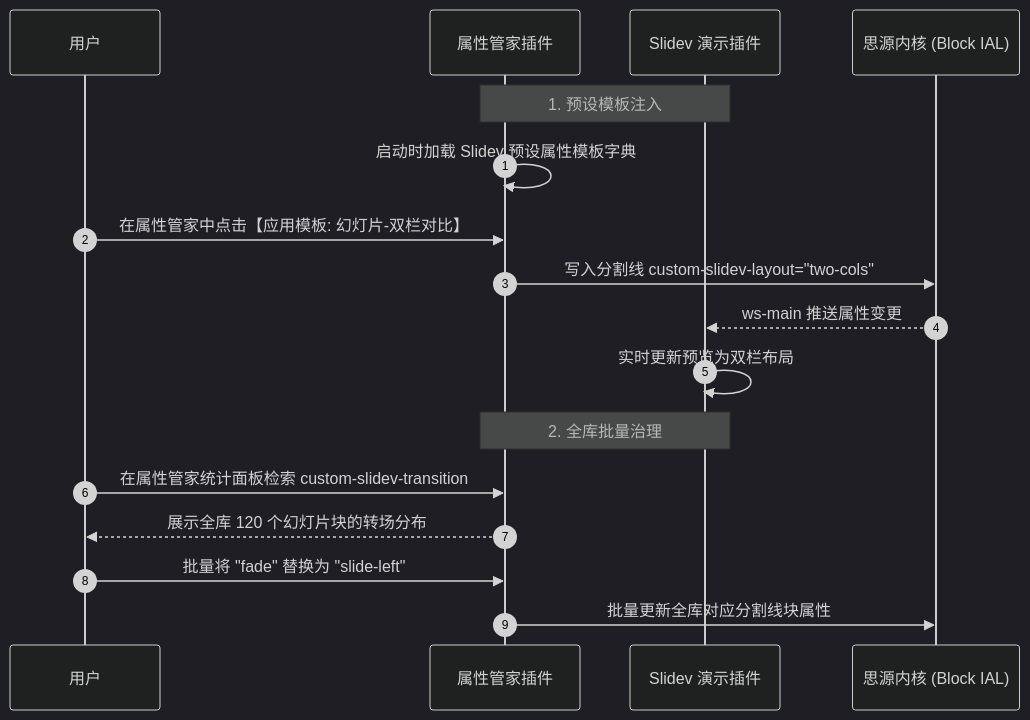
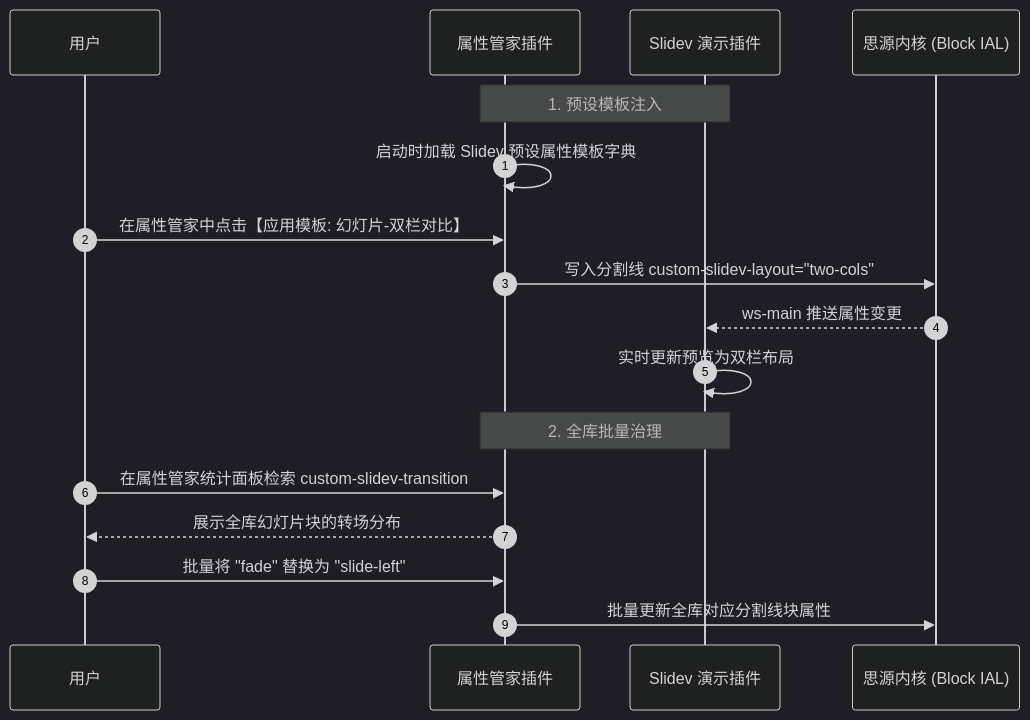
One commit to famotime/siyuan-live-slides changed the second of 2 diagrams in docs/implementation-plan-and-development-schedule.md. Above: the diagram before and after it, drawn with Mermaid (dark theme). The commit also changed other lines of this file and 10 other files, not shown here.

First line of the commit message:
refactor(ui): 重构现代化 UI/UX 设计系统与纯线框图标体系

````diff
--- a/docs/implementation-plan-and-development-schedule.md
+++ b/docs/implementation-plan-and-development-schedule.md
@@ -25,21 +30,21 @@
 ```mermaid
 sequenceDiagram
     autonumber
     participant User as 用户
     participant PM as 属性管家插件
     participant Slidev as Slidev 演示插件
     participant Kernel as 思源内核 (Block IAL)
 
     Note over PM,Slidev: 1. 预设模板注入
     PM->>PM: 启动时加载 Slidev 预设属性模板字典
     User->>PM: 在属性管家中点击【应用模板: 幻灯片-双栏对比】
     PM->>Kernel: 写入分割线 custom-slidev-layout="two-cols"
     Kernel-->>Slidev: ws-main 推送属性变更
     Slidev->>Slidev: 实时更新预览为双栏布局
 
     Note over PM,Slidev: 2. 全库批量治理
     User->>PM: 在属性管家统计面板检索 custom-slidev-transition
-    PM-->>User: 展示全库 120 个幻灯片块的转场分布
+    PM-->>User: 展示全库幻灯片块的转场分布
     User->>PM: 批量将 "fade" 替换为 "slide-left"
     PM->>Kernel: 批量更新全库对应分割线块属性
 ```
````
